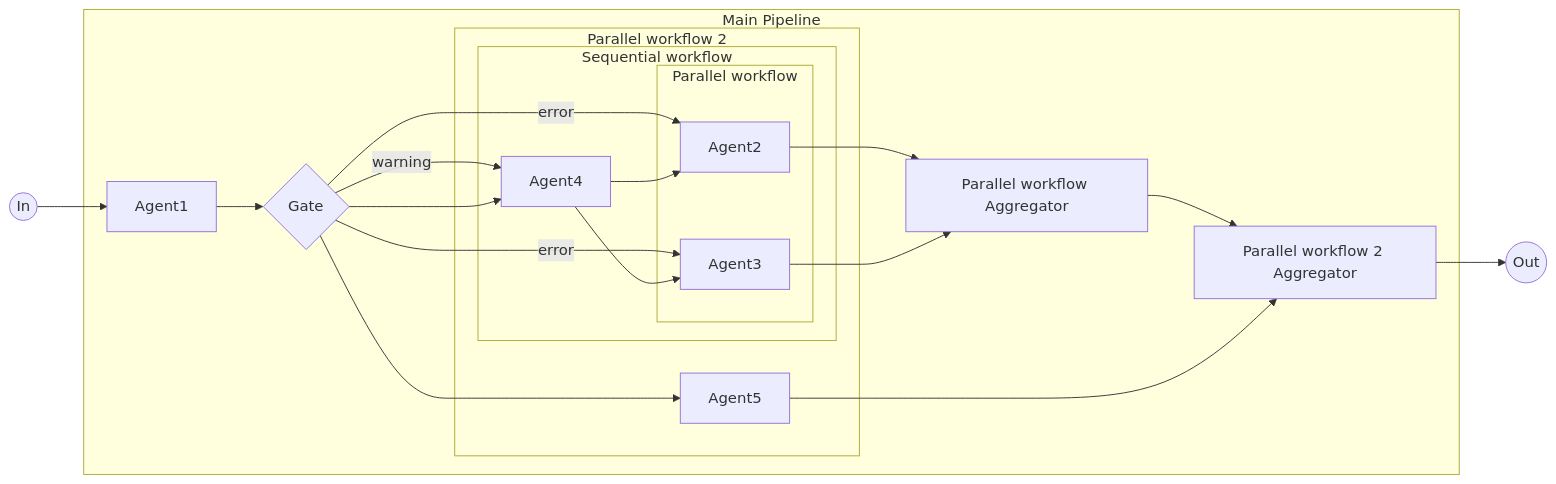
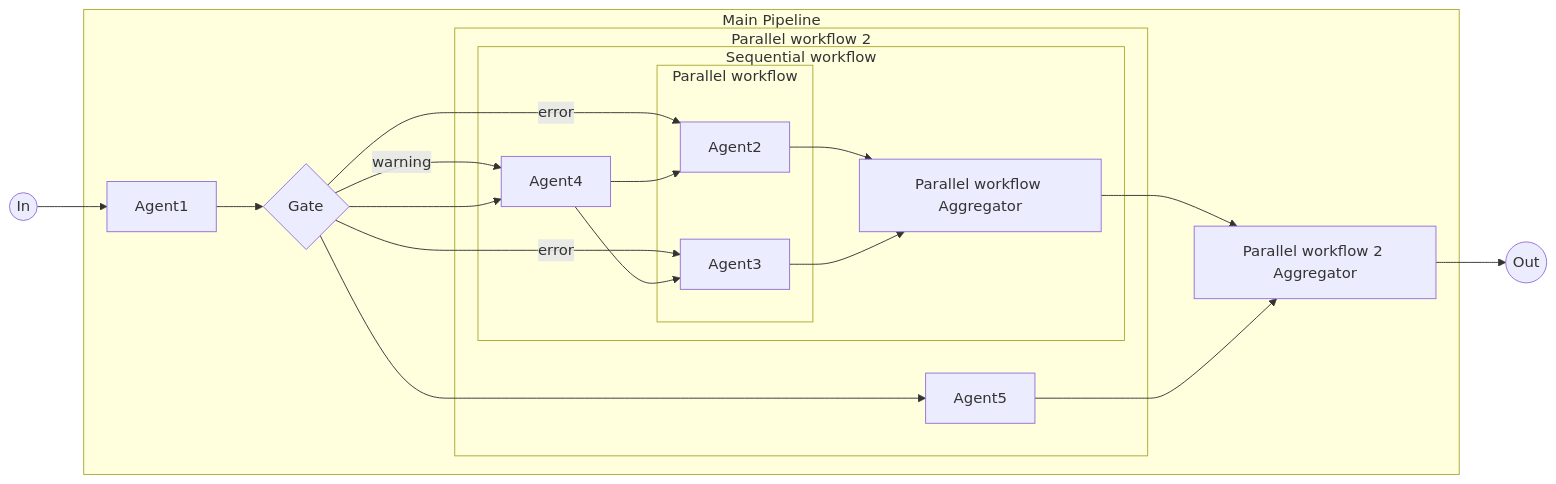
The diagram in examples/complex_workflow/diagram.md (rootstrap/mars), drawn with Mermaid before and after one commit. The commit also changed 5 other files, not shown here.

````diff
--- a/examples/complex_workflow/diagram.md
+++ b/examples/complex_workflow/diagram.md
@@ -1,49 +1,47 @@
 ```mermaid
 flowchart LR
 in((In))
 out((Out))
 agent1[Agent1]
 gate{Gate}
 agent4[Agent4]
 parallel_workflow_aggregator[Parallel workflow Aggregator]
 agent2[Agent2]
 agent3[Agent3]
 parallel_workflow_2_aggregator[Parallel workflow 2 Aggregator]
 agent5[Agent5]
-subgraph main_pipeline["Main Pipeline"]
-  agent1
-  gate
-  parallel_workflow_aggregator
-  parallel_workflow_2
-  parallel_workflow_2_aggregator
+subgraph parallel_workflow_2["Parallel workflow 2"]
+  sequential_workflow
+  agent5
+end
+subgraph parallel_workflow["Parallel workflow"]
+  agent2
+  agent3
 end
 subgraph sequential_workflow["Sequential workflow"]
   agent4
   parallel_workflow
   parallel_workflow_aggregator
 end
-subgraph parallel_workflow["Parallel workflow"]
-  agent2
-  agent3
+subgraph main_pipeline["Main Pipeline"]
+  agent1
+  gate
   parallel_workflow_aggregator
-end
-subgraph parallel_workflow_2["Parallel workflow 2"]
-  sequential_workflow
-  agent5
+  parallel_workflow_2
   parallel_workflow_2_aggregator
 end
 in --> agent1
 agent1 --> gate
 gate -->|warning| agent4
 gate -->|error| agent2
 gate -->|error| agent3
 gate --> agent4
 gate --> agent5
 agent4 --> agent2
 agent4 --> agent3
 agent2 --> parallel_workflow_aggregator
 parallel_workflow_aggregator --> parallel_workflow_2_aggregator
 agent3 --> parallel_workflow_aggregator
 parallel_workflow_2_aggregator --> out
 agent5 --> parallel_workflow_2_aggregator
 ```
````
